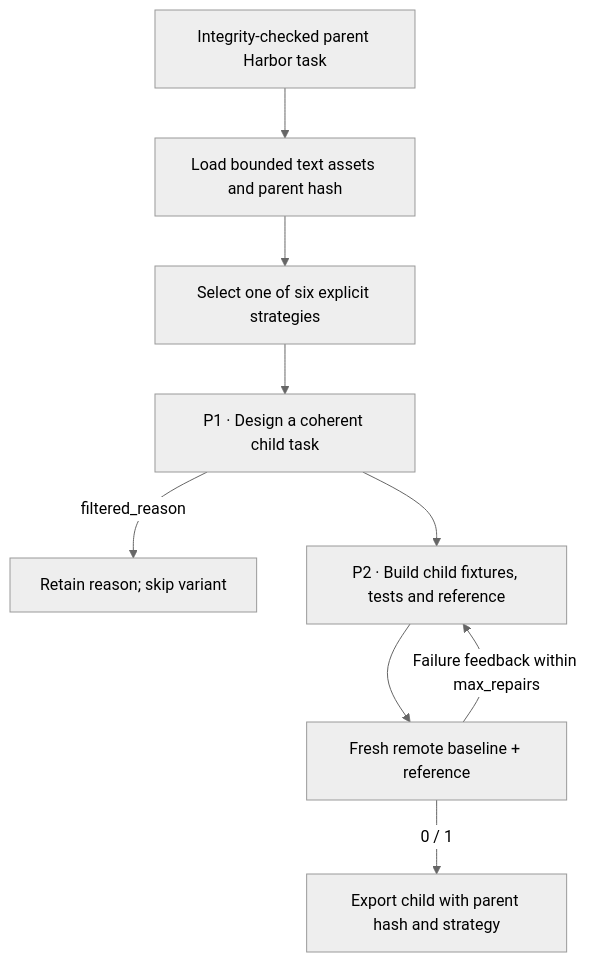
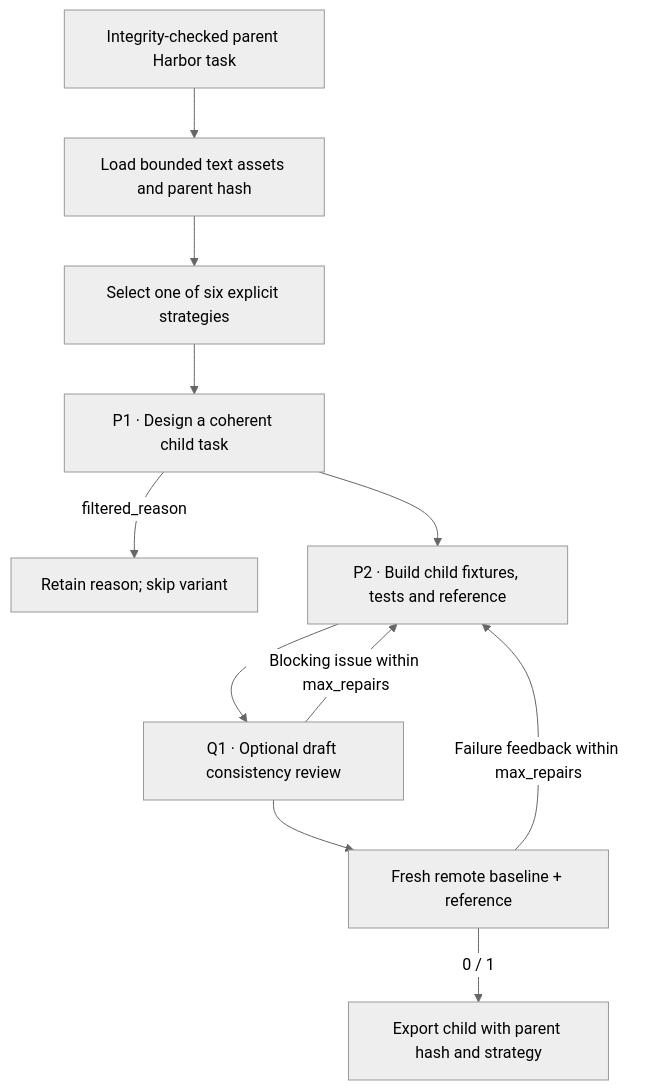
The diagram in docs/pipelines/task_evolve.md (huggingface/Repo2RLEnv), drawn with Mermaid (neutral theme) before and after one commit. The commit also changed other lines of this file and 70 other files, not shown here.

````diff
--- a/docs/pipelines/task_evolve.md
+++ b/docs/pipelines/task_evolve.md
@@ -11,11 +11,13 @@
 ```mermaid
 flowchart TD
   S["Integrity-checked parent Harbor task"] --> A["Load bounded text assets and parent hash"]
   A --> ST["Select one of six explicit strategies"]
   ST --> P1["P1 · Design a coherent child task"]
   P1 -->|"filtered_reason"| X["Retain reason; skip variant"]
   P1 --> P2["P2 · Build child fixtures, tests and reference"]
-  P2 --> R["Fresh remote baseline + reference"]
+  P2 --> Q["Q1 · Optional draft consistency review"]
+  Q --> R["Fresh remote baseline + reference"]
+  Q -->|"Blocking issue within max_repairs"| P2
   R -->|"Failure feedback within max_repairs"| P2
   R -->|"0 / 1"| H["Export child with parent hash and strategy"]
 ```
````
